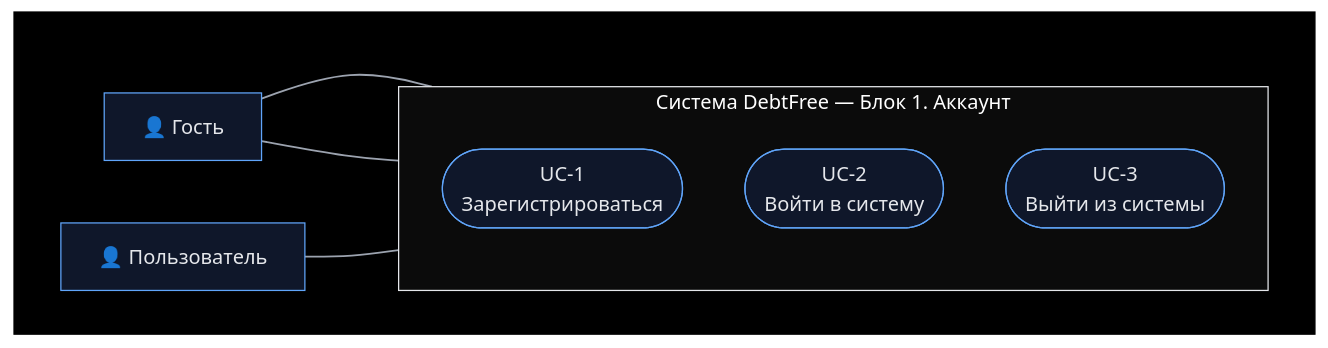
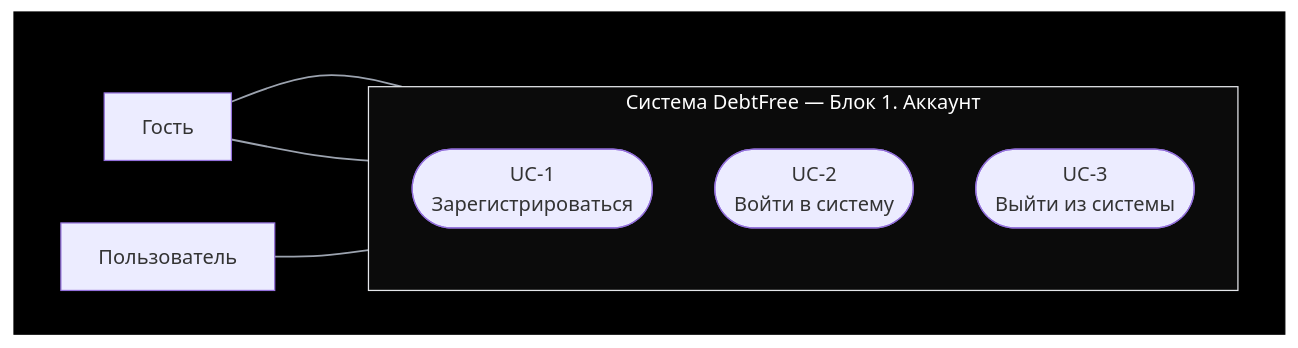
Before and after one commit to NE4EL/DebtFree: the first of 6 diagrams in README.md, drawn with Mermaid.

Commit message:
Fix flowchart labels in README
Updated the flowchart labels for consistency in the README.

````diff
--- a/README.md
+++ b/README.md
@@ -40,24 +40,23 @@
 ```mermaid
-%%{init: {'theme':'base','themeVariables': {'background':'#000000','primaryColor':'#0f172a','primaryBorderColor':'#60a5fa','primaryTextColor':'#e5e7eb','nodeTextColor':'#e5e7eb','secondaryColor':'#0b0b0b','tertiaryColor':'#0b0b0b','tertiaryTextColor':'#e5e7eb','clusterBkg':'#0b0b0b','clusterBorder':'#e5e7eb','lineColor':'#9ca3af','textColor':'#e5e7eb','titleColor':'#ffffff','edgeLabelBackground':'#000000'}}}%%
 flowchart LR
     subgraph BG[" "]
         direction LR
-        G["👤 Гость"]
-        U["👤 Пользователь"]
+        G["Гость"]
+        U["Пользователь"]
 
         subgraph SYS["Система DebtFree — Блок 1. Аккаунт"]
             direction TB
             UC1(["UC-1<br/>Зарегистрироваться"])
             UC2(["UC-2<br/>Войти в систему"])
             UC3(["UC-3<br/>Выйти из системы"])
         end
 
         G --- UC1
         G --- UC2
         U --- UC3
     end
 
     style BG fill:#000000,stroke:#000000
     style SYS fill:#0b0b0b,stroke:#e5e7eb,color:#ffffff
     linkStyle default stroke:#9ca3af,stroke-width:1.5px
 ```
````
